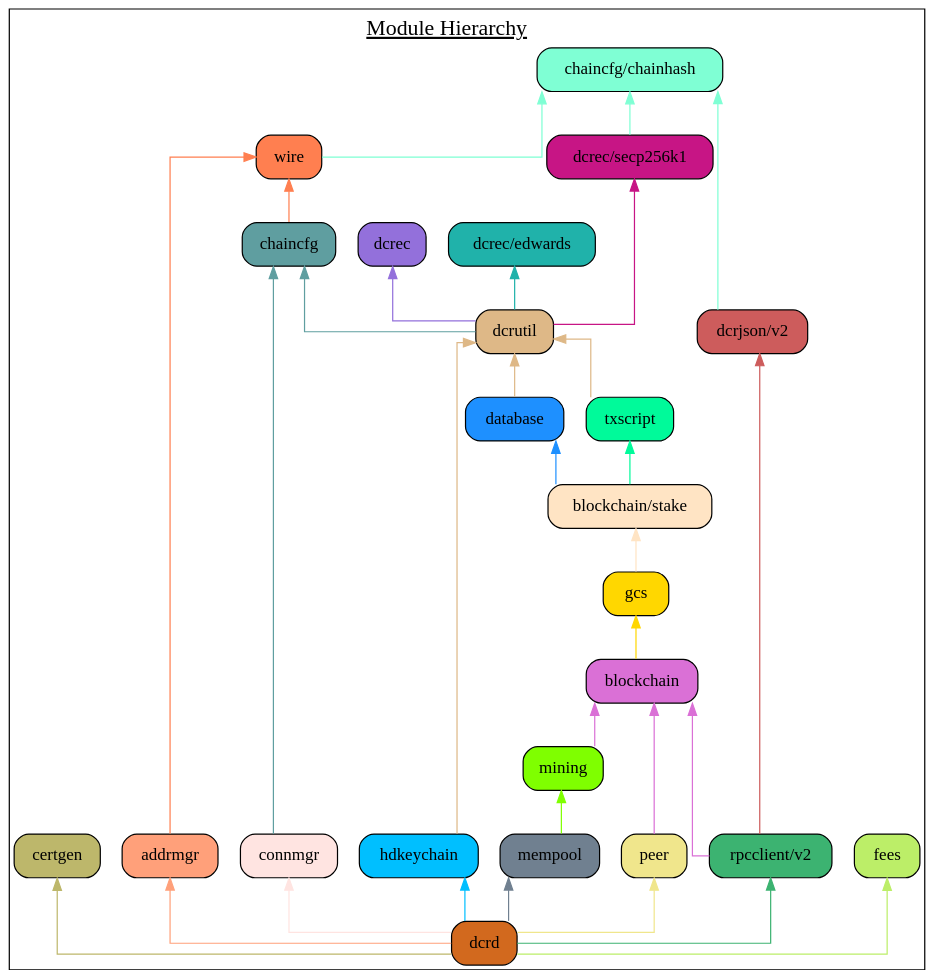
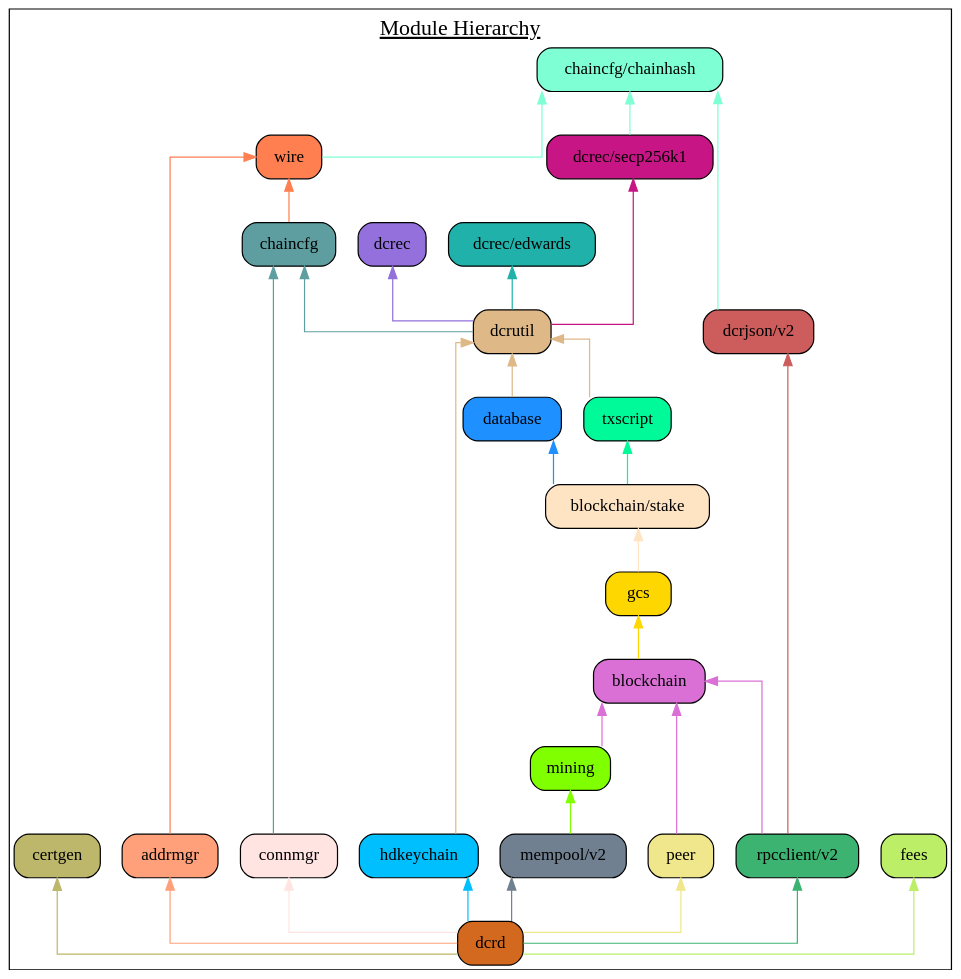
One commit to decred/dcrd changed the diagram in docs/assets/module_hierarchy.gv. Above: the diagram before and after it, drawn with Graphviz. The commit also changed 2 other files, not shown here.

Commit message:
docs: Update for mempool v2 module.
This updates the docs/README.md file, module hierarchy graphviz, and
module hierarchy diagram to reflect the new module version

```diff
--- a/docs/assets/module_hierarchy.gv
+++ b/docs/assets/module_hierarchy.gv
@@ -1,63 +1,63 @@
 digraph {
 	graph [splines=ortho colorscheme=svg label=<<u>Module Hierarchy</u>> labelloc=t fontsize=18.0]
 	node [shape=box style="filled, rounded"]
 
 	certgen [label="certgen" fillcolor=darkkhaki]
 	chainhash [label="chaincfg/chainhash" fillcolor=aquamarine]
 	dcrjson [label="dcrjson/v2" fillcolor=indianred]
 	wire [label="wire" fillcolor=coral]
 	addrmgr [label="addrmgr" fillcolor=lightsalmon]
 	chaincfg [label="chaincfg" fillcolor=cadetblue]
 	connmgr [label="connmgr" fillcolor=mistyrose]
 	dcrec [label="dcrec" fillcolor=mediumpurple]
 	edwards [label="dcrec/edwards" fillcolor=lightseagreen]
 	secp256k1 [label="dcrec/secp256k1" fillcolor=mediumvioletred]
 	dcrutil [label="dcrutil" fillcolor=burlywood]
 	database [label="database" fillcolor=dodgerblue]
 	hdkeychain [label="hdkeychain" fillcolor=deepskyblue]
 	txscript [label="txscript" fillcolor=mediumspringgreen]
 	stake [label="blockchain/stake" fillcolor=bisque]
 	gcs [label="gcs" fillcolor=gold]
 	blockchain [label="blockchain" fillcolor=orchid]
-	mempool [label="mempool" fillcolor=slategray]
+	mempool [label="mempool/v2" fillcolor=slategray]
 	mining [label="mining" fillcolor=chartreuse]
 	peer [label="peer" fillcolor=khaki]
 	rpcclient [label="rpcclient/v2" fillcolor=mediumseagreen]
 	fees [label="fees" fillcolor=darkolivegreen2]
 	dcrd [label="dcrd" fillcolor=chocolate]
 
 	{rank=same connmgr addrmgr hdkeychain peer rpcclient mempool}
 
 	certgen
 	chainhash -> dcrjson [dir=back color=aquamarine]
 	chainhash -> wire [dir=back color=aquamarine]
 	wire -> addrmgr [dir=back color=coral]
 	wire -> chaincfg [dir=back color=coral]
 	chaincfg -> connmgr [dir=back color=cadetblue]
 	chainhash -> secp256k1 [dir=back color=aquamarine]
 	chaincfg -> dcrutil [dir=back color=cadetblue]
 	dcrec -> dcrutil [dir=back color=mediumpurple]
 	edwards ->  dcrutil [dir=back color=lightseagreen]
 	secp256k1 ->  dcrutil [dir=back color=mediumvioletred]
 	dcrutil -> database [dir=back color=burlywood]
 	dcrutil -> hdkeychain [dir=back color=burlywood]
 	dcrutil -> txscript [dir=back color=burlywood]
 	database ->  stake [dir=back color=dodgerblue]
 	txscript -> stake [dir=back color=mediumspringgreen]
 	stake -> gcs [dir=back color=bisque]
 	gcs -> blockchain [dir=back color=gold]
 	blockchain -> mining [dir=back color=orchid]
 	mining -> mempool [dir=back color=chartreuse]
 	blockchain -> peer [dir=back color=orchid]
 	blockchain -> rpcclient [dir=back color=orchid]
 	dcrjson -> rpcclient [dir=back color=indianred]
 
 	fees -> dcrd [dir=back color=darkolivegreen2]
 	mempool -> dcrd [dir=back color=slategray]
 	certgen -> dcrd [dir=back color=darkkhaki]
 	addrmgr -> dcrd [dir=back color=lightsalmon]
 	hdkeychain -> dcrd [dir=back color=deepskyblue]
 	connmgr -> dcrd [dir=back color=mistyrose]
 	rpcclient -> dcrd [dir=back color=mediumseagreen]
 	peer -> dcrd [dir=back color=khaki]
 }
```
